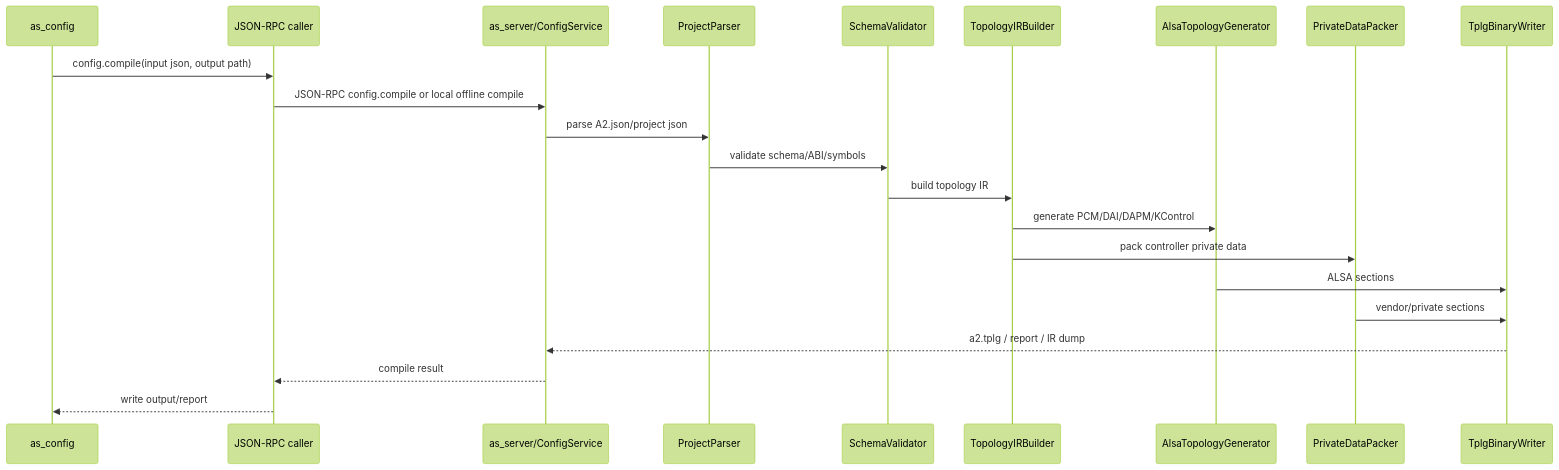
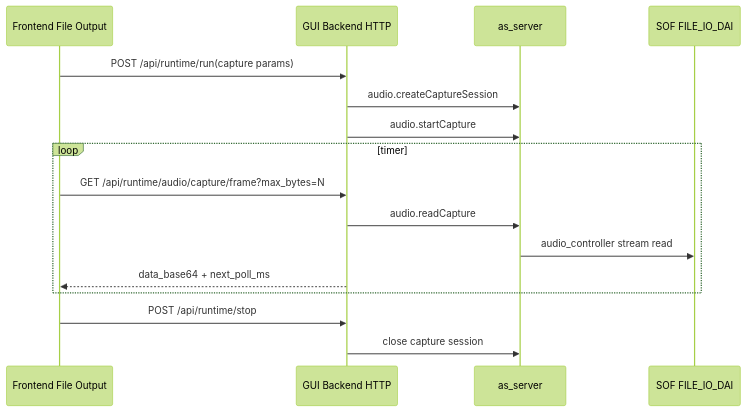
One commit to handsomeleeshu/Audio-Studio changed the fourth of 7 diagrams in docs/audio_studio_framework_design.md. Above: the diagram before and after it, drawn with Mermaid (forest theme). The commit also changed other lines of this file and 34 other files, not shown here.

Commit message:
Integrate GUI simulator runtime flow

````diff
--- a/docs/audio_studio_framework_design.md
+++ b/docs/audio_studio_framework_design.md
@@ -2674,25 +352,19 @@
 ```mermaid
 sequenceDiagram
-  participant CLI as as_config
-  participant RPC as JSON-RPC caller
-  participant Server as as_server/ConfigService
-  participant Parser as ProjectParser
-  participant Validator as SchemaValidator
-  participant IR as TopologyIRBuilder
-  participant Alsa as AlsaTopologyGenerator
-  participant Private as PrivateDataPacker
-  participant Writer as TplgBinaryWriter
+    participant UI as Frontend File Output
+    participant HTTP as GUI Backend HTTP
+    participant AS as as_server
+    participant SOF as SOF FILE_IO_DAI
 
-  CLI->>RPC: config.compile(input json, output path)
-  RPC->>Server: JSON-RPC config.compile or local offline compile
-  Server->>Parser: parse A2.json/project json
-  Parser->>Validator: validate schema/ABI/symbols
-  Validator->>IR: build topology IR
-  IR->>Alsa: generate PCM/DAI/DAPM/KControl
-  IR->>Private: pack controller private data
-  Alsa->>Writer: ALSA sections
-  Private->>Writer: vendor/private sections
-  Writer-->>Server: a2.tplg / report / IR dump
-  Server-->>RPC: compile result
-  RPC-->>CLI: write output/report
+    UI->>HTTP: POST /api/runtime/run(capture params)
+    HTTP->>AS: audio.createCaptureSession
+    HTTP->>AS: audio.startCapture
+    loop timer
+        UI->>HTTP: GET /api/runtime/audio/capture/frame?max_bytes=N
+        HTTP->>AS: audio.readCapture
+        AS->>SOF: audio_controller stream read
+        HTTP-->>UI: data_base64 + next_poll_ms
+    end
+    UI->>HTTP: POST /api/runtime/stop
+    HTTP->>AS: close capture session
 ```
````
